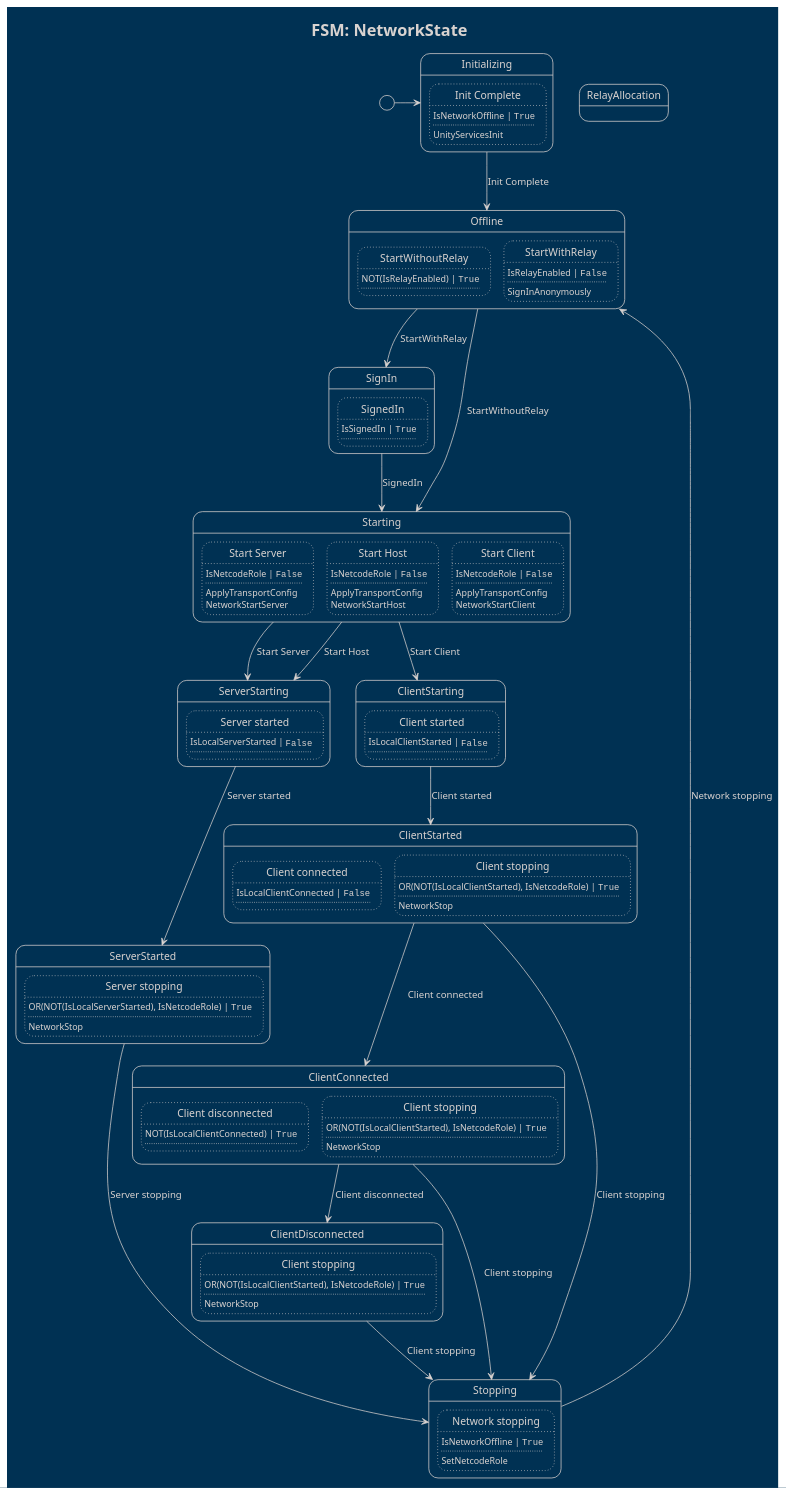
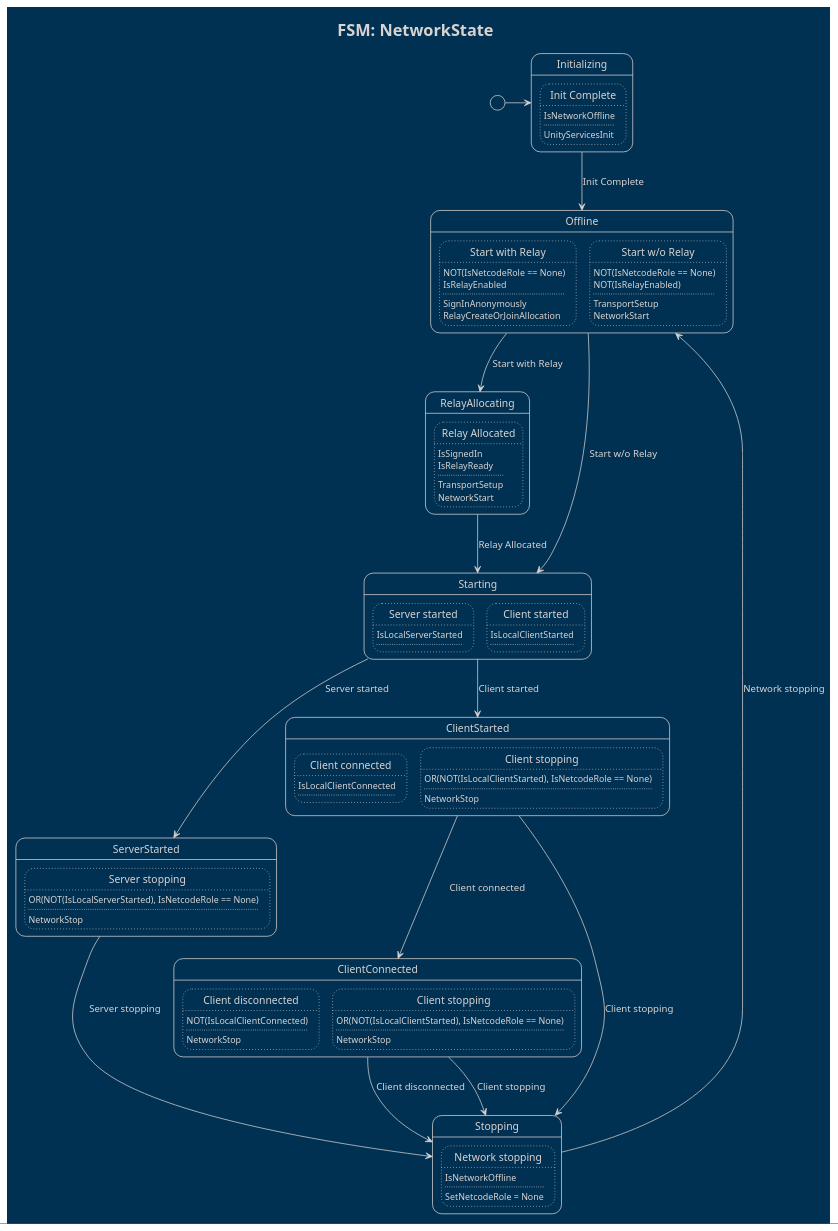
Before and after one commit to CodeSmile-0000011110110111/WriteBetterNetcode: the diagram in PlantUML Diagrams/CodeSmile.BetterNetcode.Network.NetworkState.puml, drawn with PlantUML. The commit also changed 1 other file, not shown here.

Commit message:
NetworkState current diagram

```diff
--- a/PlantUML Diagrams/CodeSmile.BetterNetcode.Network.NetworkState.puml
+++ b/PlantUML Diagrams/CodeSmile.BetterNetcode.Network.NetworkState.puml
@@ -1,158 +1,124 @@
 @startuml
 
 !theme blueprint
 hide empty description
 
 title FSM: NetworkState
 
 state "Initializing" as state0
 state state0 {
 	state "Init Complete" as state0_trans0
 	state state0_trans0 #line.dotted {
-		state0_trans0 : IsNetworkOffline | ""True""
+		state0_trans0 : IsNetworkOffline
 		state0_trans0 : ....
 		state0_trans0 : UnityServicesInit
 	}
 }
 state "Offline" as state1
 state state1 {
-	state "StartWithoutRelay" as state1_trans0
+	state "Start with Relay" as state1_trans0
 	state state1_trans0 #line.dotted {
-		state1_trans0 : NOT(IsRelayEnabled) | ""True""
+		state1_trans0 : NOT(IsNetcodeRole == None)
+		state1_trans0 : IsRelayEnabled
 		state1_trans0 : ....
+		state1_trans0 : SignInAnonymously
+		state1_trans0 : RelayCreateOrJoinAllocation
 	}
-	state "StartWithRelay" as state1_trans1
+	state "Start w/o Relay" as state1_trans1
 	state state1_trans1 #line.dotted {
-		state1_trans1 : IsRelayEnabled | ""False""
+		state1_trans1 : NOT(IsNetcodeRole == None)
+		state1_trans1 : NOT(IsRelayEnabled)
 		state1_trans1 : ....
-		state1_trans1 : SignInAnonymously
+		state1_trans1 : TransportSetup
+		state1_trans1 : NetworkStart
 	}
 }
-state "SignIn" as state2
+state "RelayAllocating" as state2
 state state2 {
-	state "SignedIn" as state2_trans0
+	state "Relay Allocated" as state2_trans0
 	state state2_trans0 #line.dotted {
-		state2_trans0 : IsSignedIn | ""True""
+		state2_trans0 : IsSignedIn
+		state2_trans0 : IsRelayReady
 		state2_trans0 : ....
+		state2_trans0 : TransportSetup
+		state2_trans0 : NetworkStart
 	}
 }
-state "RelayAllocation" as state3
+state "Starting" as state3
 state state3 {
-}
-state "Starting" as state4
-state state4 {
-	state "Start Server" as state4_trans0
-	state state4_trans0 #line.dotted {
-		state4_trans0 : IsNetcodeRole | ""False""
-		state4_trans0 : ....
-		state4_trans0 : ApplyTransportConfig
-		state4_trans0 : NetworkStartServer
+	state "Server started" as state3_trans0
+	state state3_trans0 #line.dotted {
+		state3_trans0 : IsLocalServerStarted
+		state3_trans0 : ....
 	}
-	state "Start Host" as state4_trans1
-	state state4_trans1 #line.dotted {
-		state4_trans1 : IsNetcodeRole | ""False""
-		state4_trans1 : ....
-		state4_trans1 : ApplyTransportConfig
-		state4_trans1 : NetworkStartHost
-	}
-	state "Start Client" as state4_trans2
-	state state4_trans2 #line.dotted {
-		state4_trans2 : IsNetcodeRole | ""False""
-		state4_trans2 : ....
-		state4_trans2 : ApplyTransportConfig
-		state4_trans2 : NetworkStartClient
+	state "Client started" as state3_trans1
+	state state3_trans1 #line.dotted {
+		state3_trans1 : IsLocalClientStarted
+		state3_trans1 : ....
 	}
 }
-state "ServerStarting" as state5
+state "ServerStarted" as state4
+state state4 {
+	state "Server stopping" as state4_trans0
+	state state4_trans0 #line.dotted {
+		state4_trans0 : OR(NOT(IsLocalServerStarted), IsNetcodeRole == None)
+		state4_trans0 : ....
+		state4_trans0 : NetworkStop
+	}
+}
+state "ClientStarted" as state5
 state state5 {
-	state "Server started" as state5_trans0
+	state "Client connected" as state5_trans0
 	state state5_trans0 #line.dotted {
-		state5_trans0 : IsLocalServerStarted | ""False""
+		state5_trans0 : IsLocalClientConnected
 		state5_trans0 : ....
 	}
+	state "Client stopping" as state5_trans1
+	state state5_trans1 #line.dotted {
+		state5_trans1 : OR(NOT(IsLocalClientStarted), IsNetcodeRole == None)
+		state5_trans1 : ....
+		state5_trans1 : NetworkStop
+	}
 }
-state "ServerStarted" as state6
+state "ClientConnected" as state6
 state state6 {
-	state "Server stopping" as state6_trans0
+	state "Client disconnected" as state6_trans0
 	state state6_trans0 #line.dotted {
-		state6_trans0 : OR(NOT(IsLocalServerStarted), IsNetcodeRole) | ""True""
+		state6_trans0 : NOT(IsLocalClientConnected)
 		state6_trans0 : ....
 		state6_trans0 : NetworkStop
 	}
-}
-state "ClientStarting" as state7
-state state7 {
-	state "Client started" as state7_trans0
-	state state7_trans0 #line.dotted {
-		state7_trans0 : IsLocalClientStarted | ""False""
-		state7_trans0 : ....
+	state "Client stopping" as state6_trans1
+	state state6_trans1 #line.dotted {
+		state6_trans1 : OR(NOT(IsLocalClientStarted), IsNetcodeRole == None)
+		state6_trans1 : ....
+		state6_trans1 : NetworkStop
 	}
 }
-state "ClientStarted" as state8
-state state8 {
-	state "Client connected" as state8_trans0
-	state state8_trans0 #line.dotted {
-		state8_trans0 : IsLocalClientConnected | ""False""
-		state8_trans0 : ....
-	}
-	state "Client stopping" as state8_trans1
-	state state8_trans1 #line.dotted {
-		state8_trans1 : OR(NOT(IsLocalClientStarted), IsNetcodeRole) | ""True""
-		state8_trans1 : ....
-		state8_trans1 : NetworkStop
-	}
-}
-state "ClientConnected" as state9
-state state9 {
-	state "Client disconnected" as state9_trans0
-	state state9_trans0 #line.dotted {
-		state9_trans0 : NOT(IsLocalClientConnected) | ""True""
-		state9_trans0 : ....
-	}
-	state "Client stopping" as state9_trans1
-	state state9_trans1 #line.dotted {
-		state9_trans1 : OR(NOT(IsLocalClientStarted), IsNetcodeRole) | ""True""
-		state9_trans1 : ....
-		state9_trans1 : NetworkStop
-	}
-}
-state "ClientDisconnected" as state10
-state state10 {
-	state "Client stopping" as state10_trans0
-	state state10_trans0 #line.dotted {
-		state10_trans0 : OR(NOT(IsLocalClientStarted), IsNetcodeRole) | ""True""
-		state10_trans0 : ....
-		state10_trans0 : NetworkStop
-	}
-}
-state "Stopping" as state11
-state state11 {
-	state "Network stopping" as state11_trans0
-	state state11_trans0 #line.dotted {
-		state11_trans0 : IsNetworkOffline | ""True""
-		state11_trans0 : ....
-		state11_trans0 : SetNetcodeRole
+state "Stopping" as state7
+state state7 {
+	state "Network stopping" as state7_trans0
+	state state7_trans0 #line.dotted {
+		state7_trans0 : IsNetworkOffline
+		state7_trans0 : ....
+		state7_trans0 : SetNetcodeRole = None
 	}
 }
 
 
 [*] -> state0
 state0 --> state1 : Init Complete
-state1 --> state4 : StartWithoutRelay
-state1 --> state2 : StartWithRelay
-state2 --> state4 : SignedIn
-state4 --> state5 : Start Server
-state4 --> state5 : Start Host
-state4 --> state7 : Start Client
-state5 --> state6 : Server started
-state6 --> state11 : Server stopping
-state7 --> state8 : Client started
-state8 --> state9 : Client connected
-state8 --> state11 : Client stopping
-state9 --> state10 : Client disconnected
-state9 --> state11 : Client stopping
-state10 --> state11 : Client stopping
-state11 --> state1 : Network stopping
+state1 --> state2 : Start with Relay
+state1 --> state3 : Start w/o Relay
+state2 --> state3 : Relay Allocated
+state3 --> state4 : Server started
+state3 --> state5 : Client started
+state4 --> state7 : Server stopping
+state5 --> state6 : Client connected
+state5 --> state7 : Client stopping
+state6 --> state7 : Client disconnected
+state6 --> state7 : Client stopping
+state7 --> state1 : Network stopping
 
 
 @enduml
```
